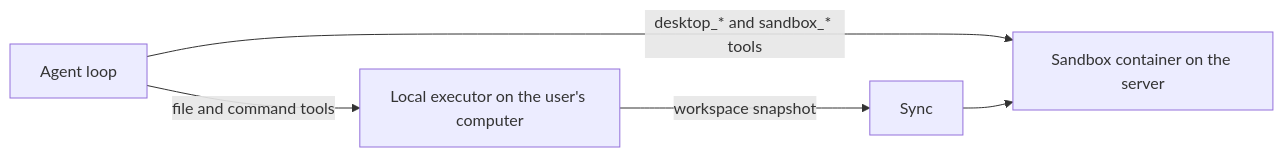
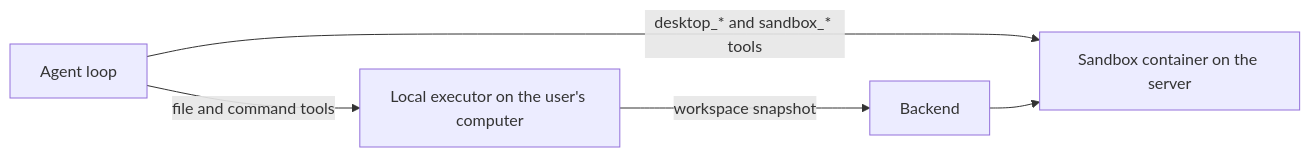
The diagram in docs/features/f7-gui-sandbox/stage-2-local-sessions.md (vladimirbsuir/pointer), drawn with Mermaid before and after one commit. The commit also changed other lines of this file and 47 other files, not shown here.

````diff
--- a/docs/features/f7-gui-sandbox/stage-2-local-sessions.md
+++ b/docs/features/f7-gui-sandbox/stage-2-local-sessions.md
@@ -13,7 +13,7 @@
 ```mermaid
 flowchart LR
     agent[Agent loop] -->|file and command tools| local[Local executor on the user's computer]
     agent -->|desktop_* and sandbox_* tools| sandbox[Sandbox container on the server]
-    local -->|workspace snapshot| sync[Sync]
+    local -->|workspace snapshot| sync[Backend]
     sync --> sandbox
 ```
````
